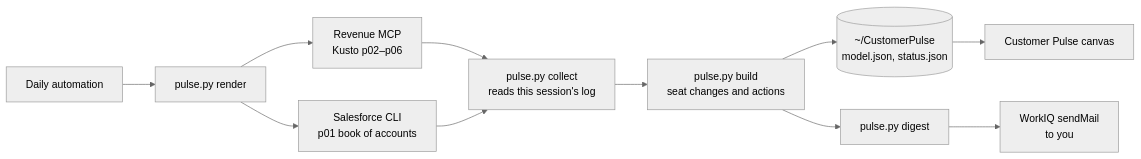
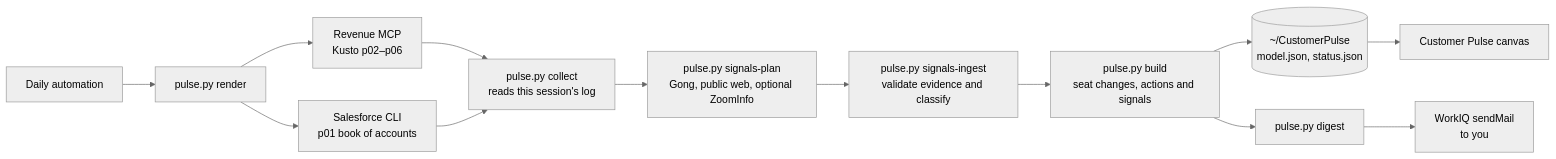
One commit to TheRajeev08/Pet-Projects-rajeev changed the diagram in customer-pulse/README.md. Above: the diagram before and after it, drawn with Mermaid (neutral theme). The commit also changed other lines of this file and 20 other files, not shown here.

First line of the commit message:
Add evidence-backed Customer Pulse signals

````diff
--- a/customer-pulse/README.md
+++ b/customer-pulse/README.md
@@ -30,12 +32,14 @@
 ```mermaid
 flowchart LR
   A[Daily automation] --> B[pulse.py render]
   B --> C[Revenue MCP<br/>Kusto p02–p06]
   B --> D[Salesforce CLI<br/>p01 book of accounts]
   C --> E[pulse.py collect<br/>reads this session's log]
   D --> E
-  E --> F[pulse.py build<br/>seat changes and actions]
+  E --> S[pulse.py signals-plan<br/>Gong, public web, optional ZoomInfo]
+  S --> T[pulse.py signals-ingest<br/>validate evidence and classify]
+  T --> F[pulse.py build<br/>seat changes, actions and signals]
   F --> G[(~/CustomerPulse<br/>model.json, status.json)]
   G --> H[Customer Pulse canvas]
   F --> I[pulse.py digest] --> J[WorkIQ sendMail<br/>to you]
 ```
````
